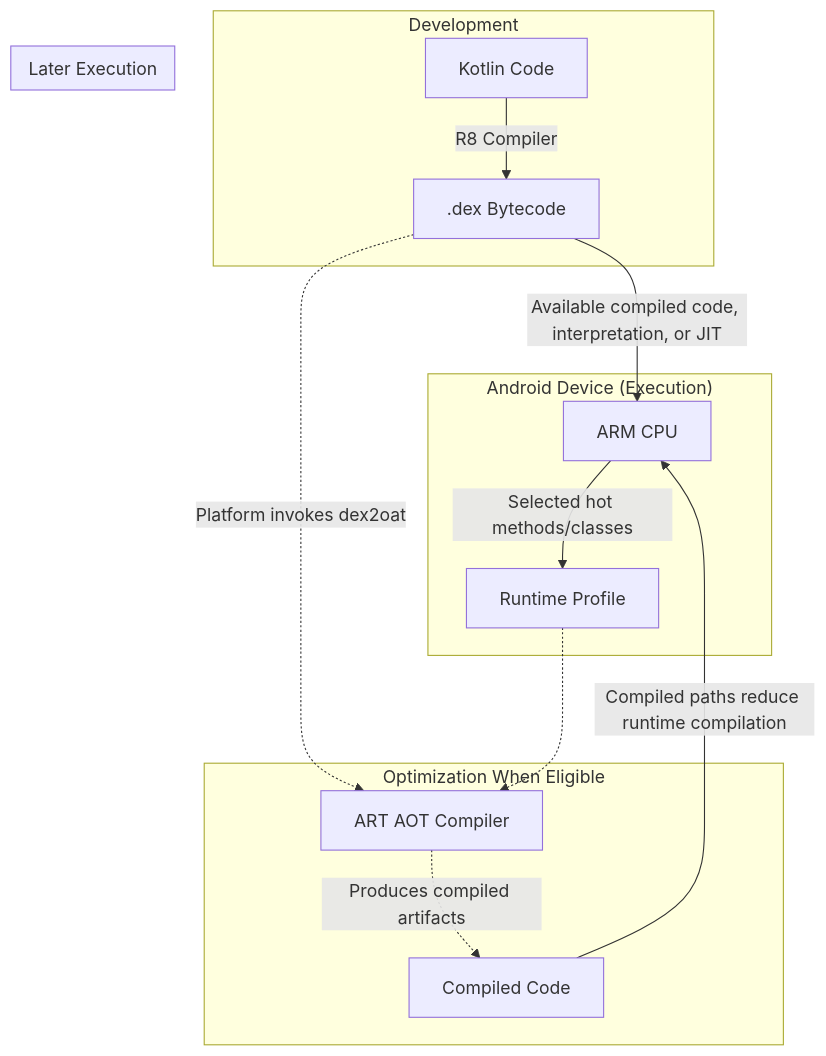
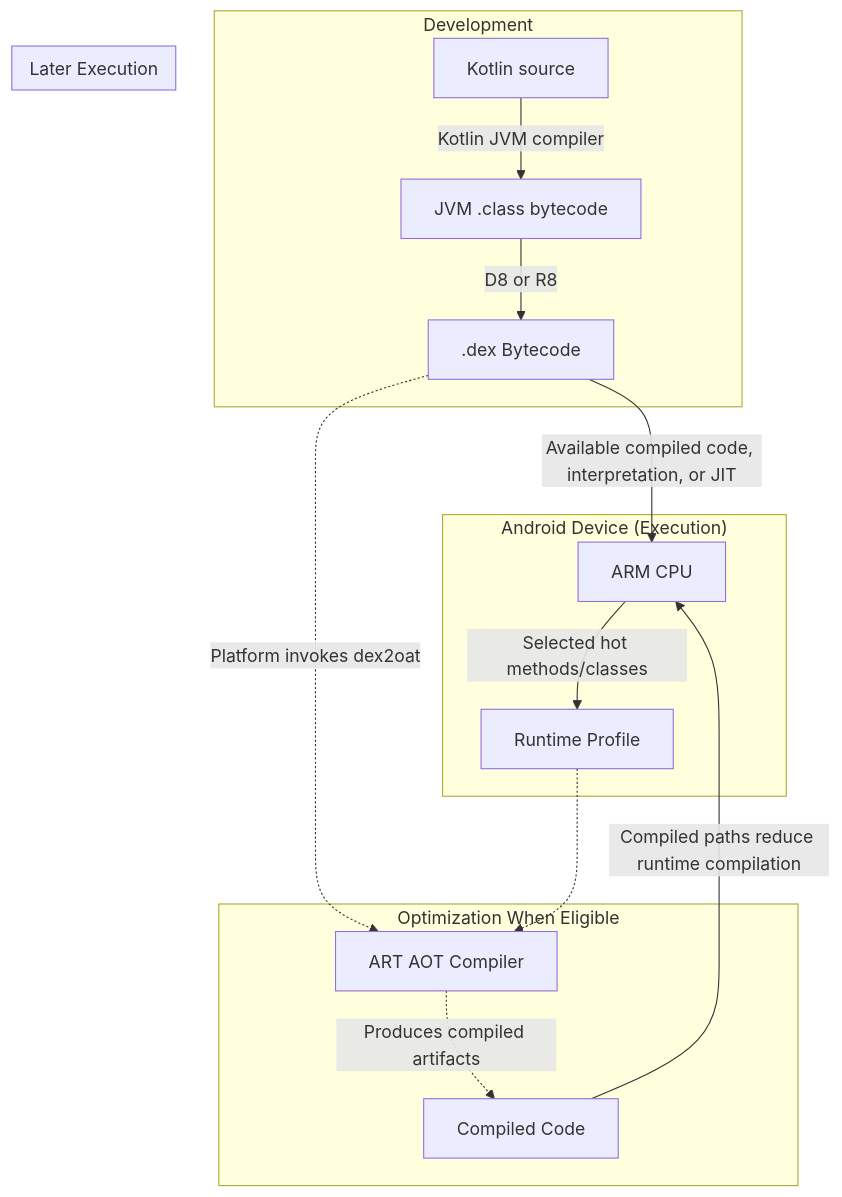
The diagram in android/os-internals/art-and-dalvik.md (swarnsingh/android-staff-engineer-playbook-website), drawn with Mermaid before and after one commit. The commit also changed other lines of this file and 142 other files, not shown here.

````diff
--- a/android/os-internals/art-and-dalvik.md
+++ b/android/os-internals/art-and-dalvik.md
@@ -60,21 +60,22 @@
 ```mermaid
 graph TD
     subgraph "Development"
-        Kotlin[Kotlin Code] -->|R8 Compiler| DEX[.dex Bytecode]
+        Kotlin[Kotlin source] -->|Kotlin JVM compiler| Classes[JVM .class bytecode]
+        Classes -->|D8 or R8| DEX[.dex Bytecode]
     end
     
     subgraph "Android Device (Execution)"
         DEX -->|Available compiled code, interpretation, or JIT| CPU[ARM CPU]
         CPU -->|Selected hot methods/classes| Prof[Runtime Profile]
     end
     
     subgraph "Optimization When Eligible"
         DEX -.->|Platform invokes dex2oat| AOT[ART AOT Compiler]
         Prof -.-> AOT
         AOT -.->|Produces compiled artifacts| ODEX[Compiled Code]
     end
     
     subgraph "Later Execution"
         ODEX -->|Compiled paths reduce runtime compilation| CPU
     end
 ```
````
